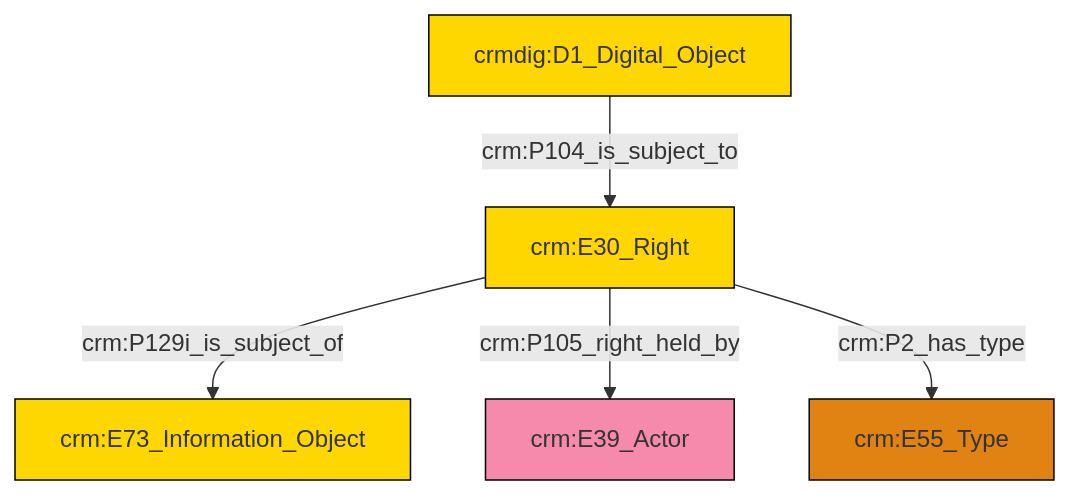
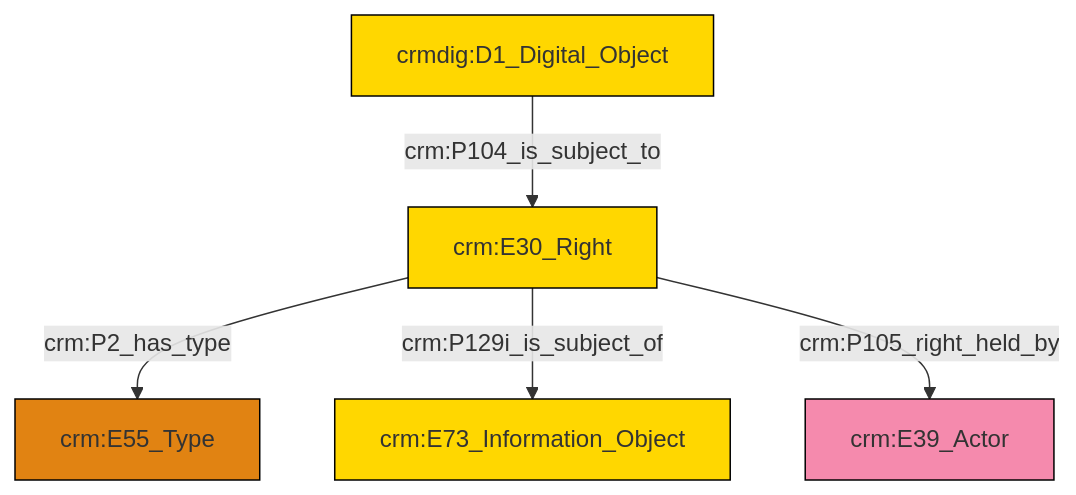
Before and after one commit to swiss-art-research-net/reference-data-models: the diagram in et/doCSV/ttl/mmd/do_rights.ttl.mmd, drawn with Mermaid. The commit also changed 125 other files, not shown here.

```diff
--- a/et/doCSV/ttl/mmd/do_rights.ttl.mmd
+++ b/et/doCSV/ttl/mmd/do_rights.ttl.mmd
@@ -1,19 +1,19 @@
 graph TD
 classDef Literal fill:#f2f2f2,stroke:#000000;
 classDef CRM_Entity fill:#FFFFFF,stroke:#000000;
 classDef Temporal_Entity fill:#00C9E6, stroke:#000000;
 classDef Type fill:#E18312, stroke:#000000;
 classDef Time-Span fill:#2C9C91, stroke:#000000;
 classDef Appellation fill:#FFEB7F, stroke:#000000;
 classDef Place fill:#008836, stroke:#000000;
 classDef Persistent_Item fill:#B266B2, stroke:#000000;
 classDef Conceptual_Object fill:#FFD700, stroke:#000000;
 classDef Physical_Thing fill:#D2B48C, stroke:#000000;
 classDef Actor fill:#f58aad, stroke:#000000;
 classDef PC_Classes fill:#4ce600, stroke:#000000;
 classDef Multi fill:#cccccc,stroke:#000000;
 
-0["crm:E30_Right"]:::Conceptual_Object -->|crm:P129i_is_subject_of| 1["crm:E73_Information_Object"]:::Conceptual_Object
-0["crm:E30_Right"]:::Conceptual_Object -->|crm:P105_right_held_by| 4["crm:E39_Actor"]:::Actor
-0["crm:E30_Right"]:::Conceptual_Object -->|crm:P2_has_type| 6["crm:E55_Type"]:::Type
-2["crmdig:D1_Digital_Object"]:::Conceptual_Object -->|crm:P104_is_subject_to| 0["crm:E30_Right"]:::Conceptual_Object
+0["crmdig:D1_Digital_Object"]:::Conceptual_Object -->|crm:P104_is_subject_to| 1["crm:E30_Right"]:::Conceptual_Object
+1["crm:E30_Right"]:::Conceptual_Object -->|crm:P2_has_type| 2["crm:E55_Type"]:::Type
+1["crm:E30_Right"]:::Conceptual_Object -->|crm:P129i_is_subject_of| 4["crm:E73_Information_Object"]:::Conceptual_Object
+1["crm:E30_Right"]:::Conceptual_Object -->|crm:P105_right_held_by| 8["crm:E39_Actor"]:::Actor
```
